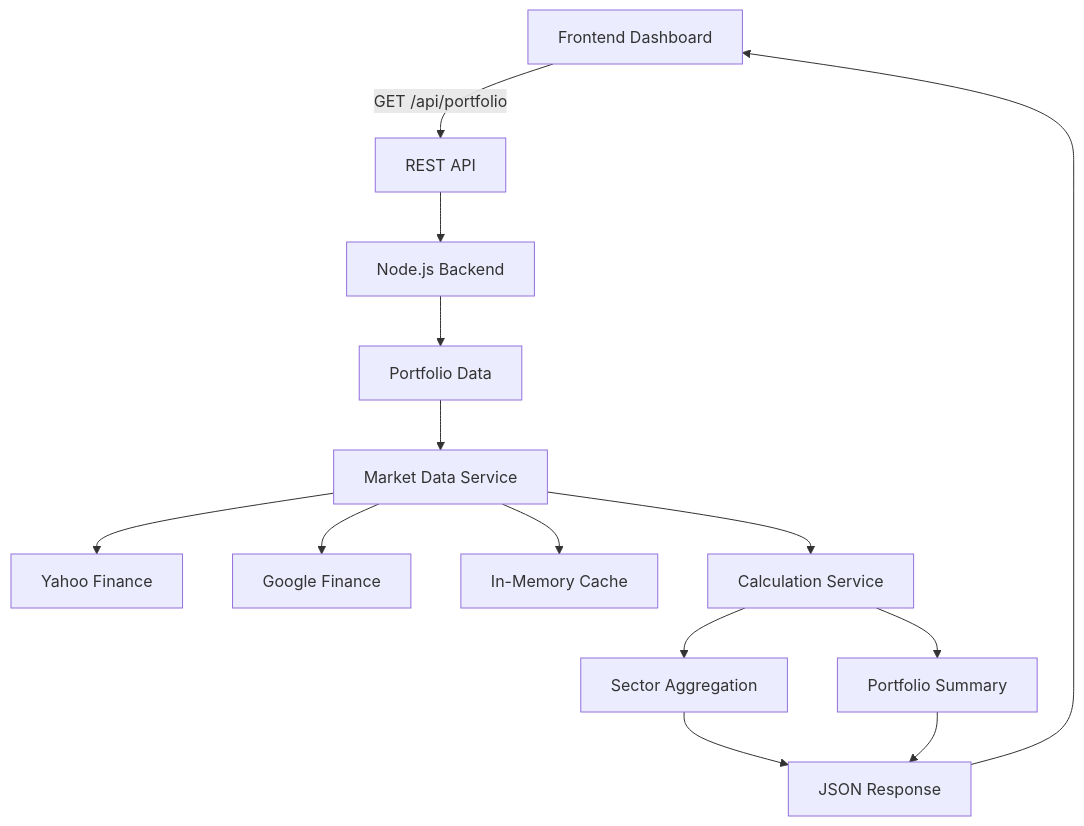
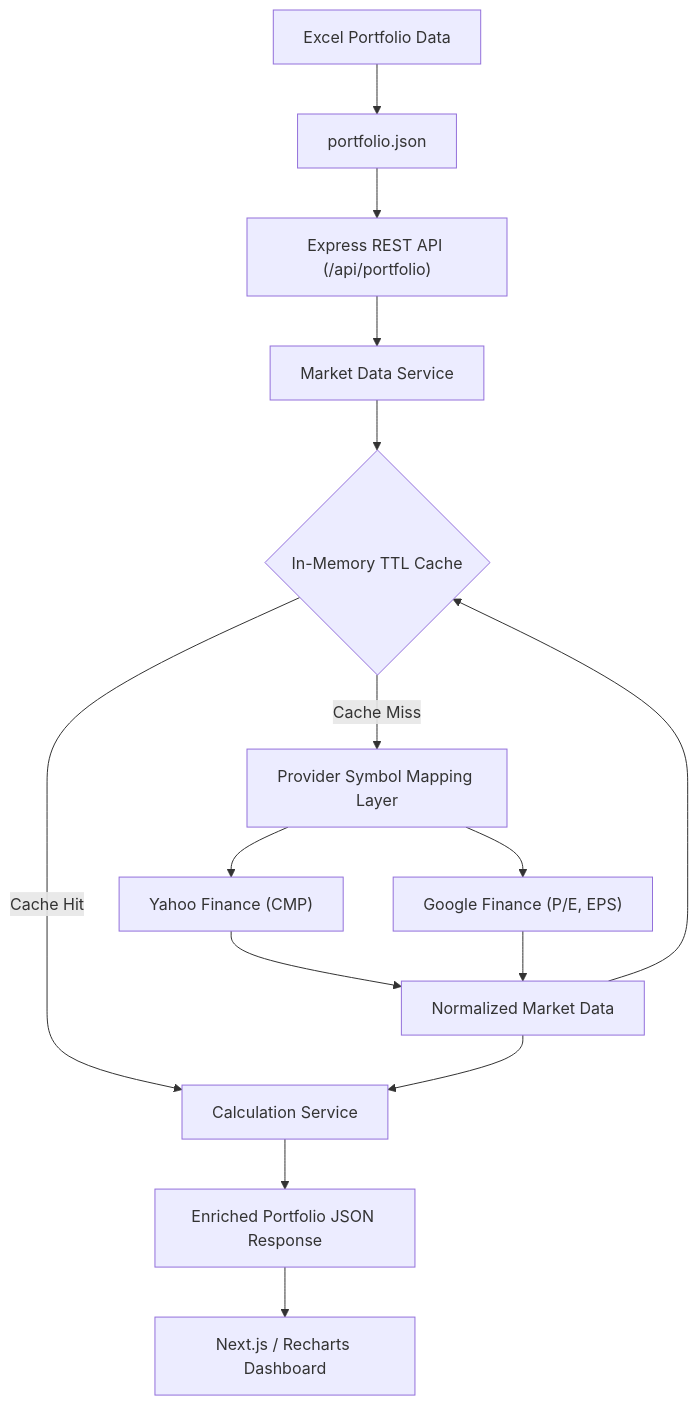
One commit to Mradul-2604/PortfolioDashboard changed the diagram in README.md. Above: the diagram before and after it, drawn with Mermaid. The commit also changed other lines of this file and 1 other file, not shown here.

````diff
--- a/README.md
+++ b/README.md
@@ -43,16 +68,17 @@
 ```mermaid
 flowchart TD
-    A[Frontend Dashboard] -->|GET /api/portfolio| B[REST API]
-    B --> C[Node.js Backend]
-    C --> D[Portfolio Data]
-    D --> E[Market Data Service]
-    E --> F[Yahoo Finance]
-    E --> G[Google Finance]
-    E --> H[In-Memory Cache]
-    E --> I[Calculation Service]
-    I --> J[Sector Aggregation]
-    I --> K[Portfolio Summary]
-    J --> L[JSON Response]
-    K --> L
-    L --> A
+    Excel["Excel Portfolio Data"] --> JSON["portfolio.json"]
+    JSON --> API["Express REST API (/api/portfolio)"]
+    API --> MDS["Market Data Service"]
+    MDS --> Cache{"In-Memory TTL Cache"}
+    Cache -- Cache Hit --> Calc["Calculation Service"]
+    Cache -- Cache Miss --> PSM["Provider Symbol Mapping Layer"]
+    PSM --> YF["Yahoo Finance (CMP)"]
+    PSM --> GF["Google Finance (P/E, EPS)"]
+    YF --> Norm["Normalized Market Data"]
+    GF --> Norm
+    Norm --> Cache
+    Norm --> Calc
+    Calc --> Resp["Enriched Portfolio JSON Response"]
+    Resp --> FE["Next.js / Recharts Dashboard"]
 ```
````
